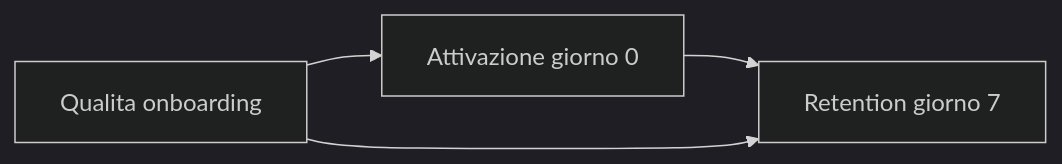
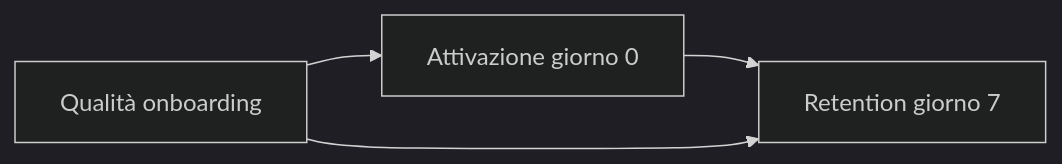
Before and after one commit to AndreyBertasini/gynnitech: the third of 4 diagrams in src/content/corso/filosofia-analisi-dati/judea-pearl-dag-e-rivoluzione-causale.mdx, drawn with Mermaid (dark theme). The commit also changed other lines of this file and 1491 other files, not shown here.

````diff
--- a/src/content/corso/filosofia-analisi-dati/judea-pearl-dag-e-rivoluzione-causale.mdx
+++ b/src/content/corso/filosofia-analisi-dati/judea-pearl-dag-e-rivoluzione-causale.mdx
@@ -58,6 +89,6 @@
 ```mermaid
 flowchart LR
-  A["Qualita onboarding"] --> B["Attivazione giorno 0"]
+  A["Qualità onboarding"] --> B["Attivazione giorno 0"]
   B --> C["Retention giorno 7"]
   A --> C
 ```
````
